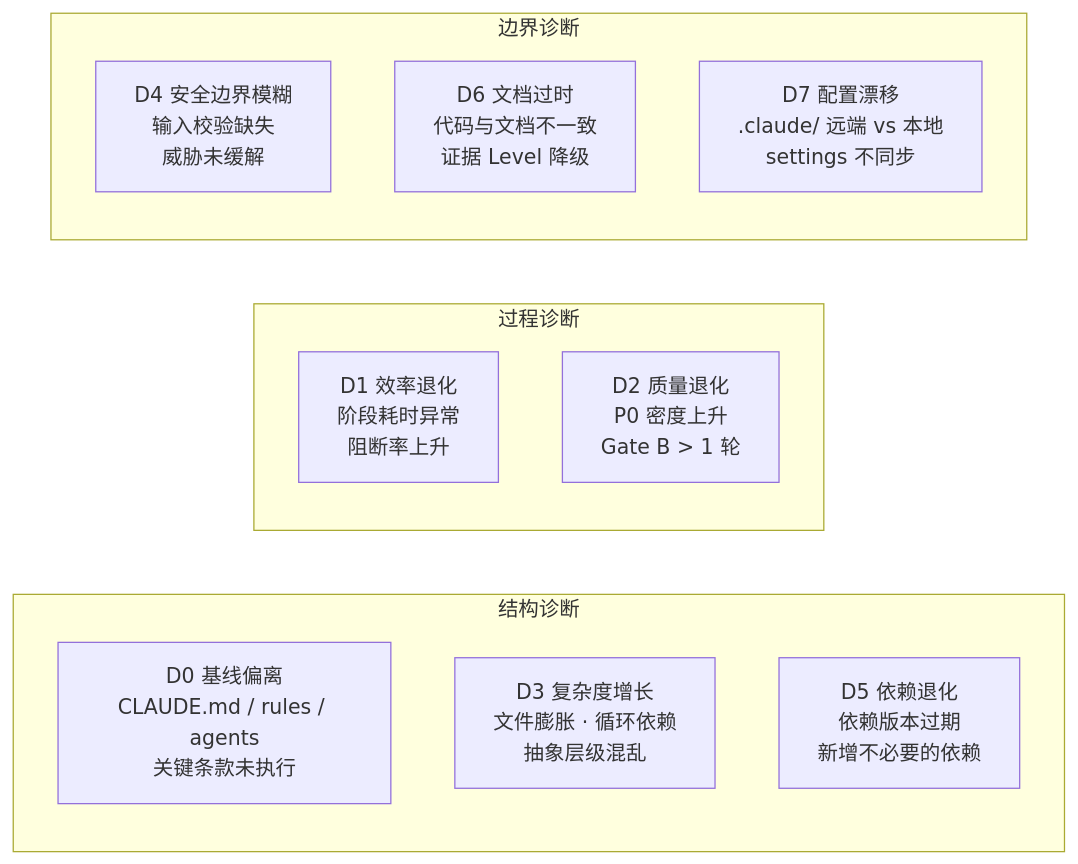
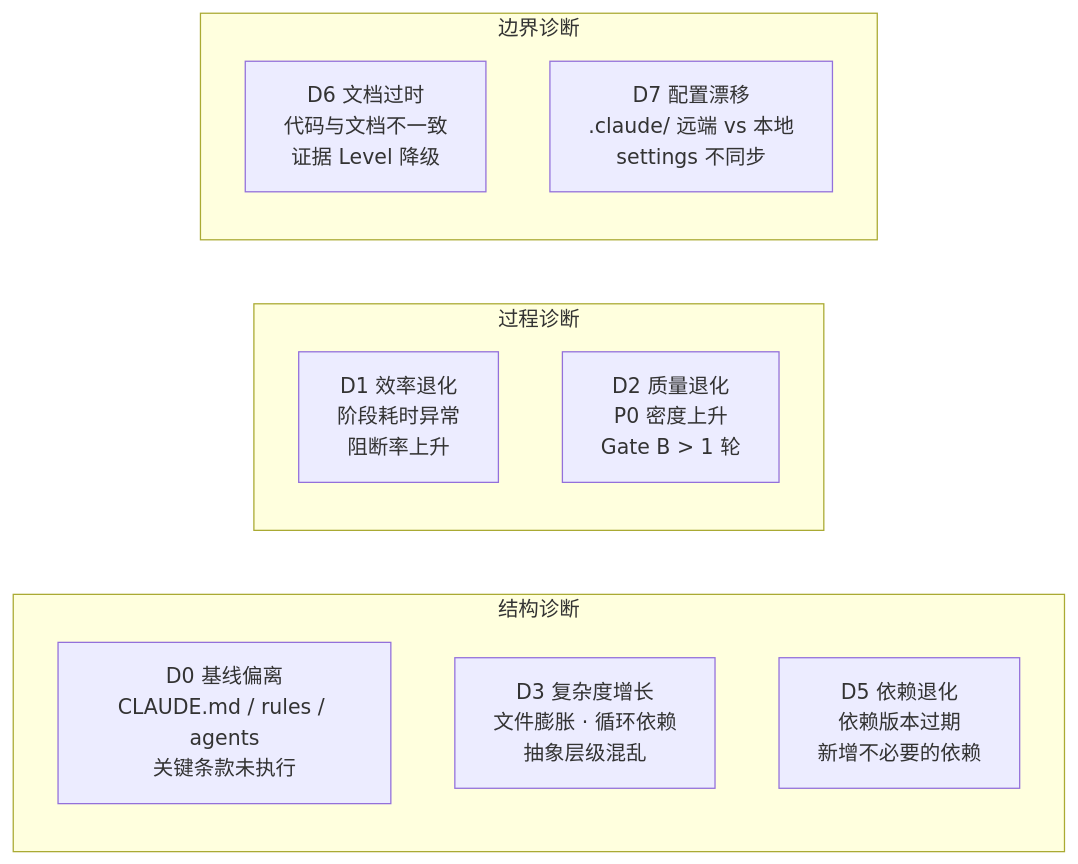
The third of 6 diagrams in agents/self-improve.md (effiy/YrY), drawn with Mermaid before and after one commit. The commit also changed other lines of this file and 91 other files, not shown here.

````diff
--- a/agents/self-improve.md
+++ b/agents/self-improve.md
@@ -98,18 +85,17 @@
 ```mermaid
 flowchart LR
     subgraph 结构["结构诊断"]
         D0["D0 基线偏离<br/>CLAUDE.md / rules / agents<br/>关键条款未执行"]:::diag
         D3["D3 复杂度增长<br/>文件膨胀 · 循环依赖<br/>抽象层级混乱"]:::diag
         D5["D5 依赖退化<br/>依赖版本过期<br/>新增不必要的依赖"]:::diag
     end
     subgraph 过程["过程诊断"]
         D1["D1 效率退化<br/>阶段耗时异常<br/>阻断率上升"]:::diag
         D2["D2 质量退化<br/>P0 密度上升<br/>Gate B > 1 轮"]:::diag
     end
     subgraph 边界["边界诊断"]
-        D4["D4 安全边界模糊<br/>输入校验缺失<br/>威胁未缓解"]:::diag
         D6["D6 文档过时<br/>代码与文档不一致<br/>证据 Level 降级"]:::diag
         D7["D7 配置漂移<br/>.claude/ 远端 vs 本地<br/>settings 不同步"]:::diag
     end
 
 ```
````
